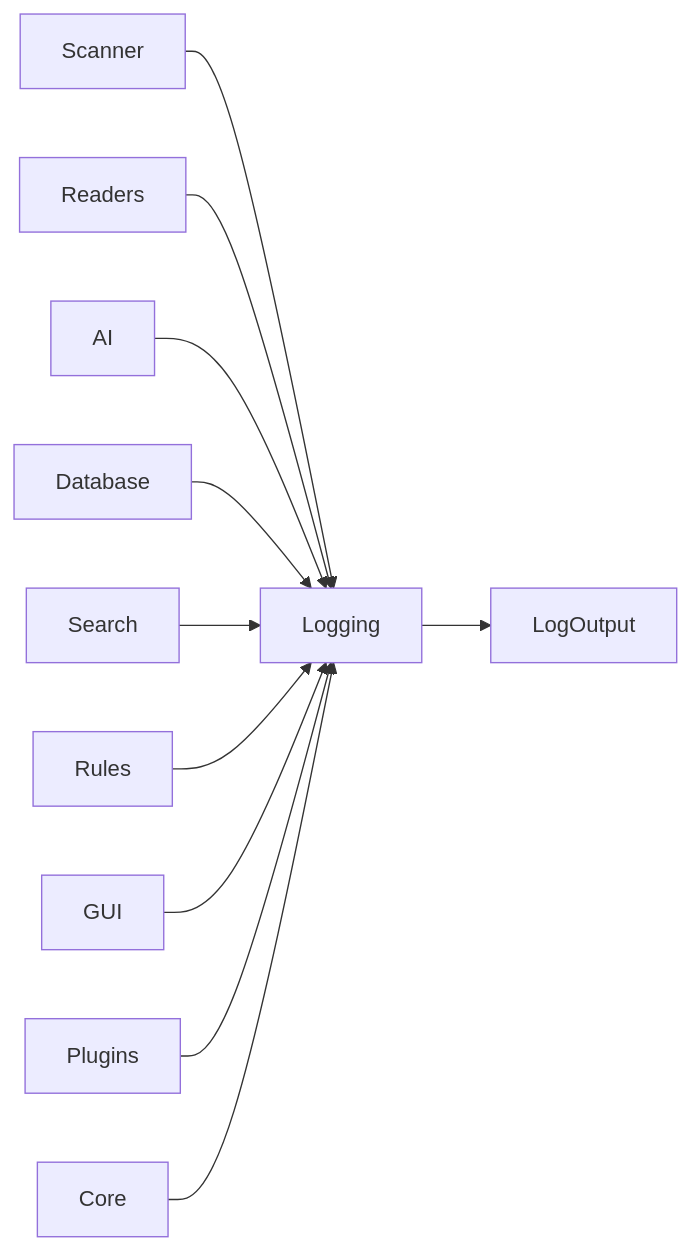
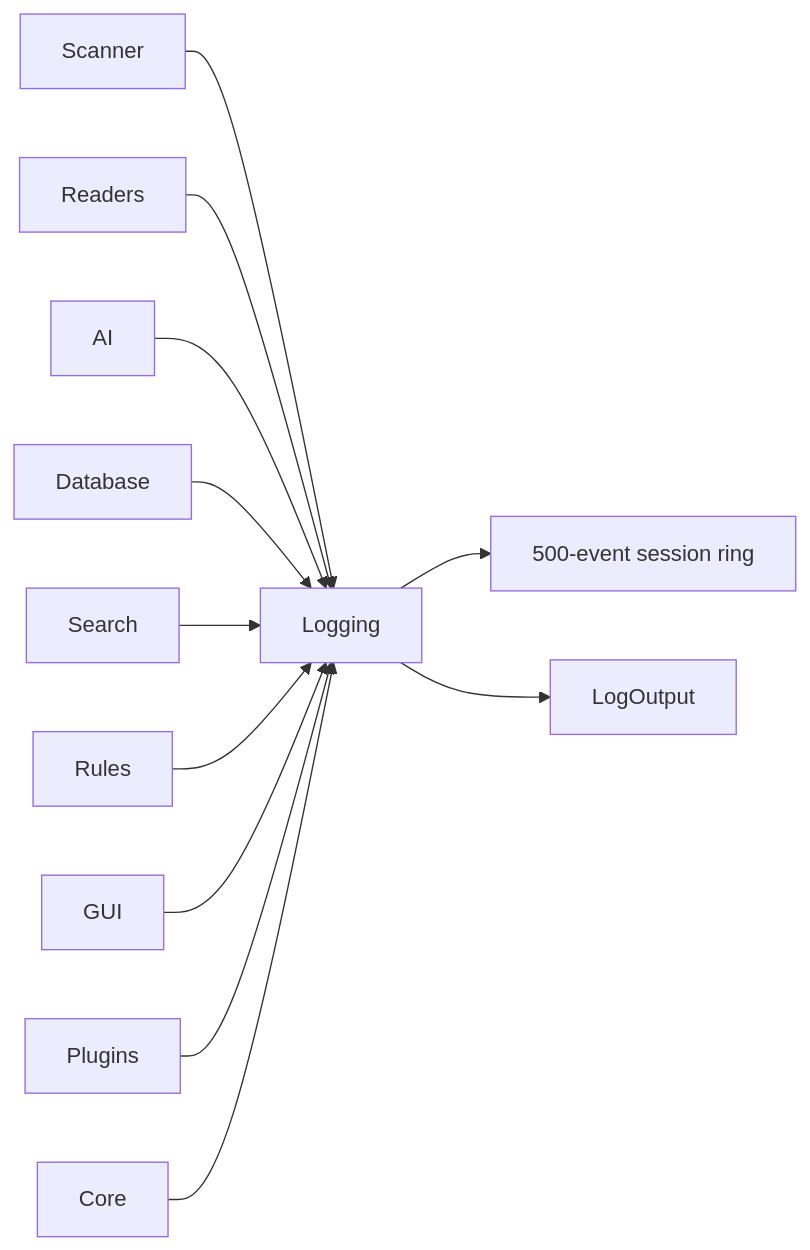
One commit to nishdel/OpenSorSe changed the diagram in docs/Architecture/01_Core/03_Logging.md. Above: the diagram before and after it, drawn with Mermaid. The commit also changed other lines of this file and 84 other files, not shown here.

````diff
--- a/docs/Architecture/01_Core/03_Logging.md
+++ b/docs/Architecture/01_Core/03_Logging.md
@@ -65,15 +65,16 @@
 ```mermaid
 flowchart LR
 
 Scanner --> Logging
 Readers --> Logging
 AI --> Logging
 Database --> Logging
 Search --> Logging
 Rules --> Logging
 GUI --> Logging
 Plugins --> Logging
 Core --> Logging
 
+Logging --> SessionRing["500-event session ring"]
 Logging --> LogOutput
 ```
````
